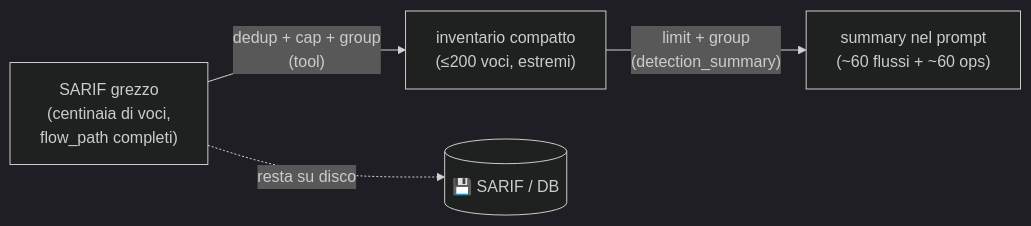
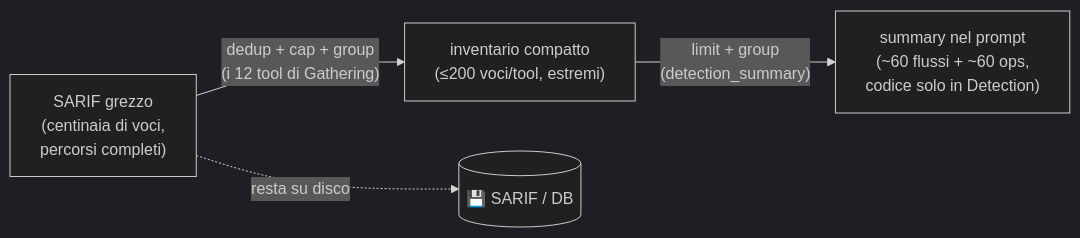
One commit to iris-cmd22/Sibyl changed the third of 11 diagrams in documentazione/agent.md. Above: the diagram before and after it, drawn with Mermaid (dark theme). The commit also changed other lines of this file and 49 other files, not shown here.

````diff
--- a/documentazione/agent.md
+++ b/documentazione/agent.md
@@ -143,6 +155,6 @@
 ```mermaid
 flowchart LR
-    RAW["SARIF grezzo<br/>(centinaia di voci,<br/>flow_path completi)"] -->|"dedup + cap + group<br/>(tool)"| INV["inventario compatto<br/>(≤200 voci, estremi)"]
-    INV -->|"limit + group<br/>(detection_summary)"| SUM["summary nel prompt<br/>(~60 flussi + ~60 ops)"]
+    RAW["SARIF grezzo<br/>(centinaia di voci,<br/>percorsi completi)"] -->|"dedup + cap + group<br/>(i 12 tool di Gathering)"| INV["inventario compatto<br/>(≤200 voci/tool, estremi)"]
+    INV -->|"limit + group<br/>(detection_summary)"| SUM["summary nel prompt<br/>(~60 flussi + ~60 ops,<br/>codice solo in Detection)"]
     RAW -. resta su disco .-> DISK[("💾 SARIF / DB")]
 ```
````
